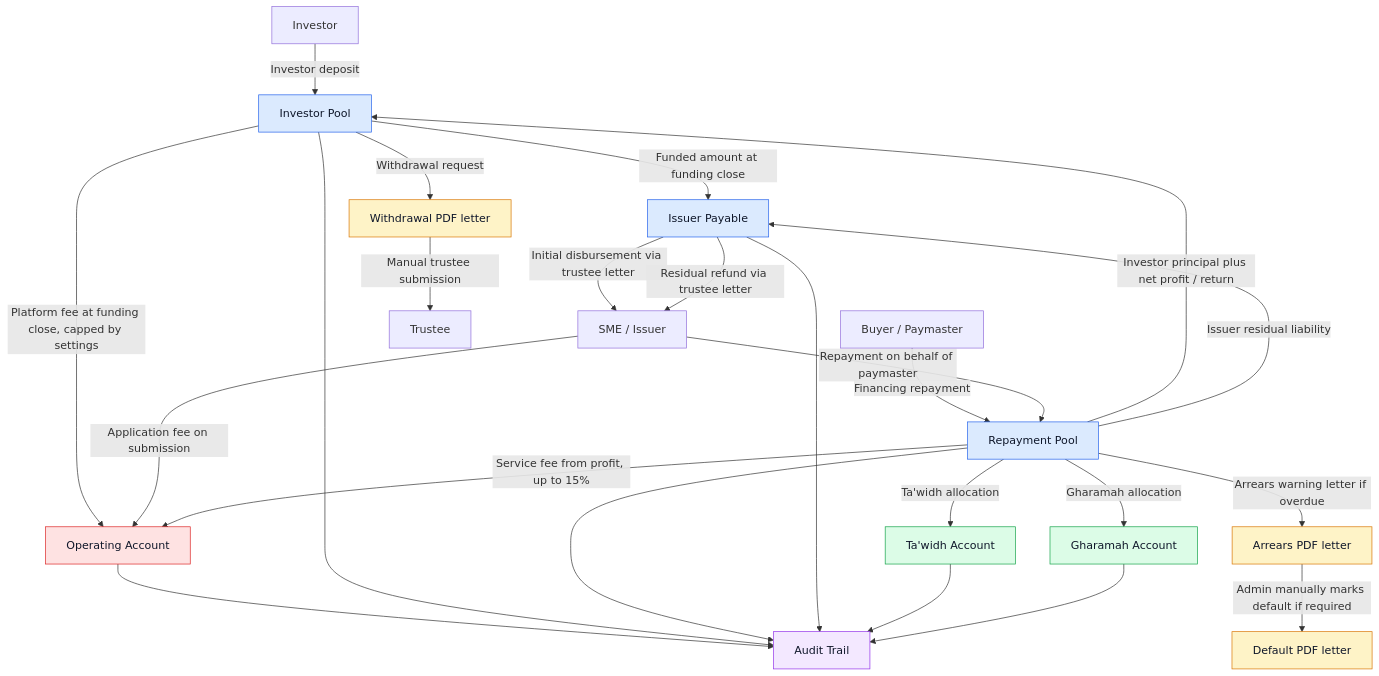
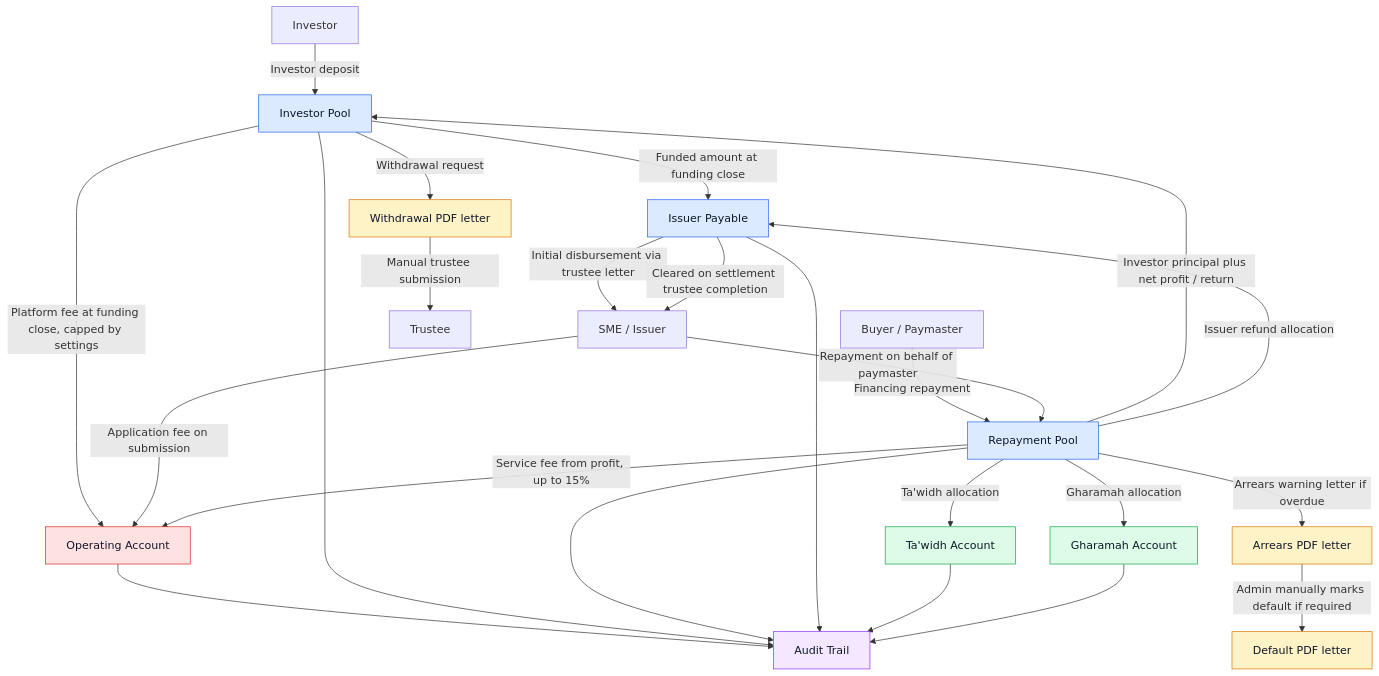
One commit to Malcan-Technologies/shoraka changed the diagram in packages/help-content/markdown/admin-note-money-flow.md. Above: the diagram before and after it, drawn with Mermaid. The commit also changed other lines of this file and 6 other files, not shown here.

````diff
--- a/packages/help-content/markdown/admin-note-money-flow.md
+++ b/packages/help-content/markdown/admin-note-money-flow.md
@@ -67,38 +83,38 @@
 ```mermaid
 flowchart TD
   investor["Investor"] -->|"Investor deposit"| investorPool["Investor Pool"]
   investorPool -->|"Funded amount at funding close"| issuerPayable["Issuer Payable"]
   investorPool -->|"Platform fee at funding close, capped by settings"| operating["Operating Account"]
   issuerPayable -->|"Initial disbursement via trustee letter"| issuer["SME / Issuer"]
   issuer -->|"Application fee on submission"| operating
   paymaster["Buyer / Paymaster"] -->|"Financing repayment"| repaymentPool["Repayment Pool"]
   issuer -->|"Repayment on behalf of paymaster"| repaymentPool
   repaymentPool -->|"Investor principal plus net profit / return"| investorPool
   repaymentPool -->|"Service fee from profit, up to 15%"| operating
-  repaymentPool -->|"Issuer residual liability"| issuerPayable
-  issuerPayable -->|"Residual refund via trustee letter"| issuer
+  repaymentPool -->|"Issuer refund allocation"| issuerPayable
+  issuerPayable -->|"Cleared on settlement trustee completion"| issuer
   repaymentPool -->|"Ta'widh allocation"| tawidh["Ta'widh Account"]
   repaymentPool -->|"Gharamah allocation"| gharamah["Gharamah Account"]
   investorPool -->|"Withdrawal request"| withdrawalLetter["Withdrawal PDF letter"]
   withdrawalLetter -->|"Manual trustee submission"| trustee["Trustee"]
   repaymentPool -->|"Arrears warning letter if overdue"| arrearsLetter["Arrears PDF letter"]
   arrearsLetter -->|"Admin manually marks default if required"| defaultLetter["Default PDF letter"]
   operating --> audit["Audit Trail"]
   investorPool --> audit
   repaymentPool --> audit
   issuerPayable --> audit
   tawidh --> audit
   gharamah --> audit
 
   class investorPool,repaymentPool,issuerPayable pool
   class operating operatingAccount
   class tawidh,gharamah syariahAccount
   class withdrawalLetter,arrearsLetter,defaultLetter documentStep
   class audit auditStep
 
   classDef pool fill:#dbeafe,stroke:#2563eb,color:#0f172a
   classDef operatingAccount fill:#fee2e2,stroke:#dc2626,color:#0f172a
   classDef syariahAccount fill:#dcfce7,stroke:#16a34a,color:#0f172a
   classDef documentStep fill:#fef3c7,stroke:#d97706,color:#0f172a
   classDef auditStep fill:#f3e8ff,stroke:#9333ea,color:#0f172a
 ```
````
